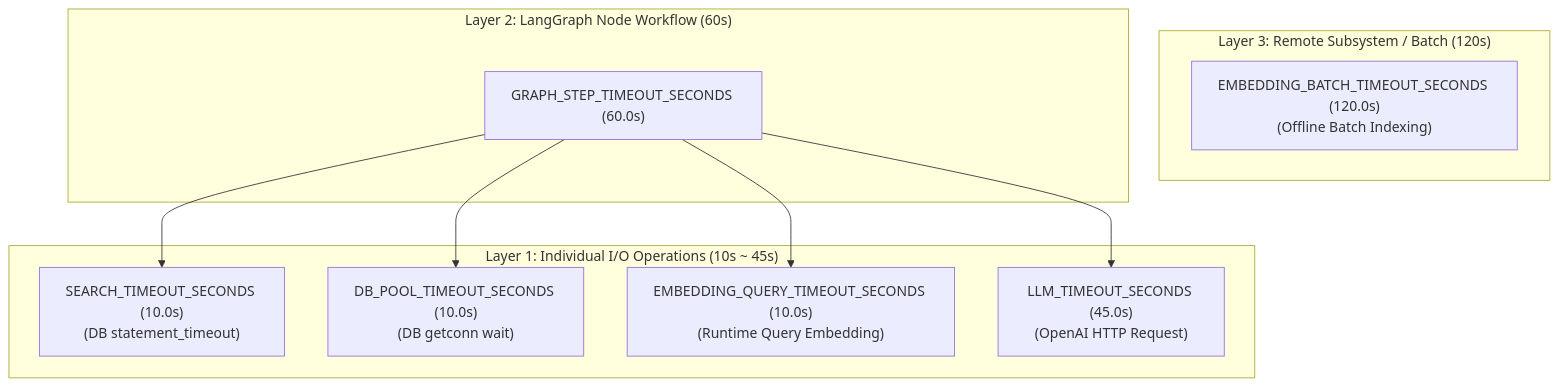
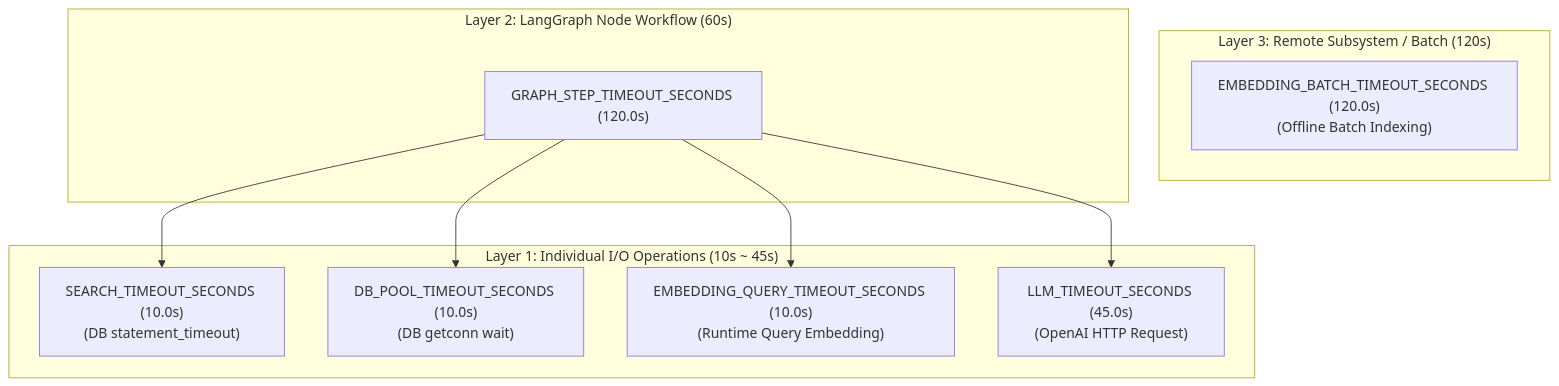
Before and after one commit to dongtan-91-dong-welfare-center/rag_for_accounting: the diagram in docs/architecture/exception_policy.md, drawn with Mermaid. The commit also changed other lines of this file and 4 other files, not shown here.

First line of the commit message:
perf: raise step timeout default to 120s with retry margin tests (#310) (#368)

````diff
--- a/docs/architecture/exception_policy.md
+++ b/docs/architecture/exception_policy.md
@@ -35,22 +35,22 @@
 ```mermaid
 graph TD
     subgraph Layer3["Layer 3: Remote Subsystem / Batch (120s)"]
         EMB["EMBEDDING_BATCH_TIMEOUT_SECONDS (120.0s)<br/>(Offline Batch Indexing)"]
     end
 
     subgraph Layer2["Layer 2: LangGraph Node Workflow (60s)"]
-        NODE["GRAPH_STEP_TIMEOUT_SECONDS (60.0s)"]
+        NODE["GRAPH_STEP_TIMEOUT_SECONDS (120.0s)"]
     end
 
     subgraph Layer1["Layer 1: Individual I/O Operations (10s ~ 45s)"]
         DB_STMT["SEARCH_TIMEOUT_SECONDS (10.0s)<br/>(DB statement_timeout)"]
         DB_POOL["DB_POOL_TIMEOUT_SECONDS (10.0s)<br/>(DB getconn wait)"]
         EMB_QUERY["EMBEDDING_QUERY_TIMEOUT_SECONDS (10.0s)<br/>(Runtime Query Embedding)"]
         LLM["LLM_TIMEOUT_SECONDS (45.0s)<br/>(OpenAI HTTP Request)"]
     end
 
     NODE --> DB_STMT
     NODE --> DB_POOL
     NODE --> EMB_QUERY
     NODE --> LLM
 ```
````
